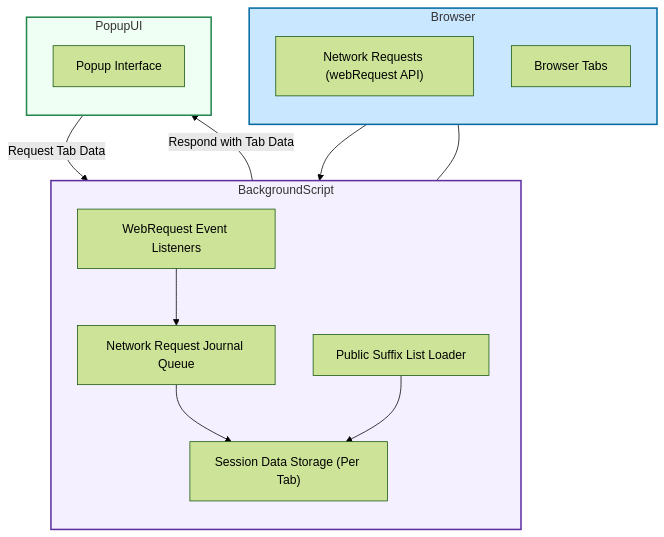
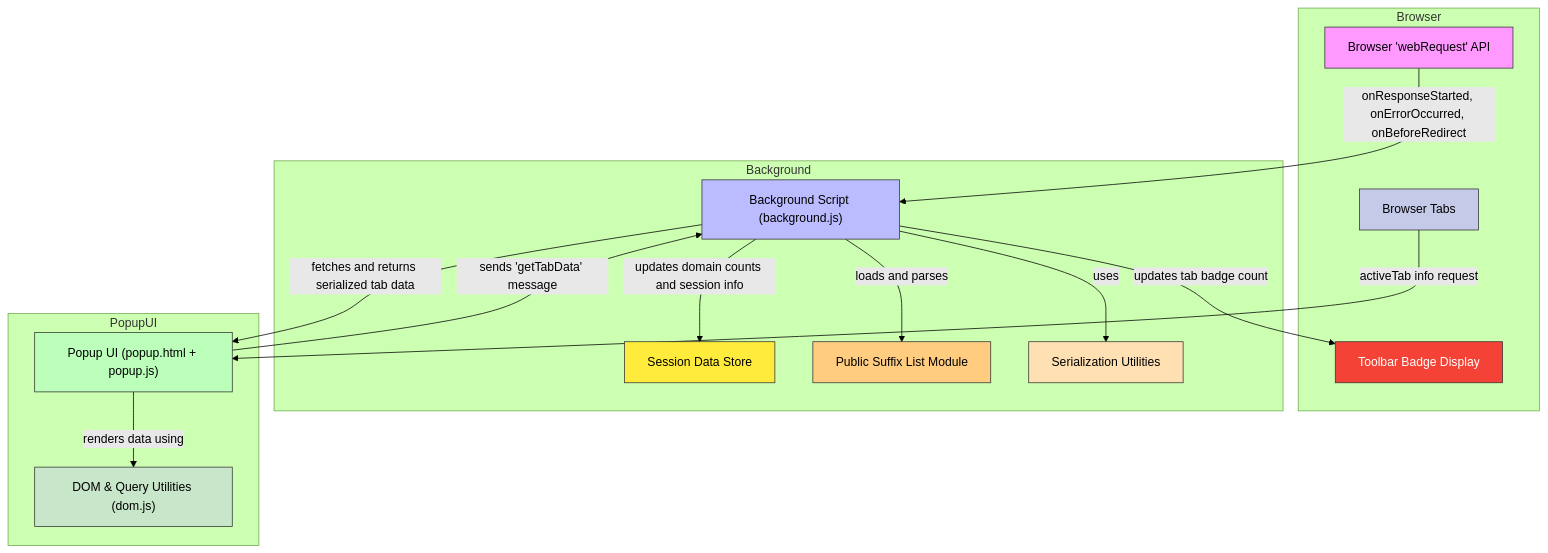
The diagram in overview/architecture-and-core-concepts/system-architecture.mdx (clidey/docucod-public-project-adf15a81-508f-4f0d-9083-12549e1f66a0), drawn with Mermaid (forest theme) before and after one commit. The commit also changed other lines of this file and 19 other files, not shown here.

````diff
--- a/overview/architecture-and-core-concepts/system-architecture.mdx
+++ b/overview/architecture-and-core-concepts/system-architecture.mdx
@@ -71,37 +30,41 @@
 ```mermaid
 flowchart TD
+
   subgraph Browser
-    direction TB
-    NetworkRequests["Network Requests (webRequest API)"]
+    WebRequestAPI["Browser 'webRequest' API"]
     Tabs["Browser Tabs"]
+    Badge["Toolbar Badge Display"]
   end
 
-  subgraph BackgroundScript
-    direction TB
-    Listeners["WebRequest Event Listeners"]
-    NetworkRequestQueue["Network Request Journal Queue"]
-    SessionData["Session Data Storage (Per Tab)"]
-    PSL["Public Suffix List Loader"]
+  subgraph Background
+    BGScript["Background Script (background.js)"]
+    SessionData["Session Data Store"]
+    PSL["Public Suffix List Module"]
+    Serialization["Serialization Utilities"]
   end
 
   subgraph PopupUI
-    direction TB
-    Popup["Popup Interface"]
+    Popup["Popup UI (popup.html + popup.js)"]
+    DOMUtils["DOM & Query Utilities (dom.js)"]
   end
 
-  NetworkRequests --> Listeners
-  Listeners --> NetworkRequestQueue
-  NetworkRequestQueue --> SessionData
-  PSL --> SessionData
-  Popup -->|Request Tab Data| BackgroundScript
-  BackgroundScript -->|Respond with Tab Data| Popup
-  Tabs --- SessionData
+  WebRequestAPI -->|onResponseStarted, onErrorOccurred, onBeforeRedirect| BGScript
+  Tabs -->|activeTab info request| Popup
+  Popup -->|sends 'getTabData' message| BGScript
+  BGScript -->|fetches and returns serialized tab data| Popup
+  BGScript -->|updates domain counts and session info| SessionData
+  BGScript -->|loads and parses| PSL
+  BGScript -->|uses| Serialization
+  BGScript -->|updates tab badge count| Badge
+  Popup -->|renders data using| DOMUtils
 
-  classDef browserStyle fill:#c9e7ff,stroke:#0169a0,stroke-width:2px;
-  classDef backgroundStyle fill:#f5f0ff,stroke:#5a2fa0,stroke-width:2px;
-  classDef popupStyle fill:#f0fff4,stroke:#24864e,stroke-width:2px;
-
-  class Browser browserStyle;
-  class BackgroundScript backgroundStyle;
-  class PopupUI popupStyle;
+  style WebRequestAPI fill:#f9f,stroke:#333,stroke-width:1px
+  style BGScript fill:#bbf,stroke:#333,stroke-width:1px
+  style Popup fill:#bfb,stroke:#333,stroke-width:1px
+  style SessionData fill:#ffeb3b,stroke:#333,stroke-width:1px
+  style PSL fill:#ffcc80,stroke:#333,stroke-width:1px
+  style Serialization fill:#ffe0b2,stroke:#333,stroke-width:1px
+  style DOMUtils fill:#c8e6c9,stroke:#333,stroke-width:1px
+  style Tabs fill:#c5cae9,stroke:#333,stroke-width:1px
+  style Badge fill:#f44336,stroke:#333,stroke-width:1px,color:#fff
 ```
````
